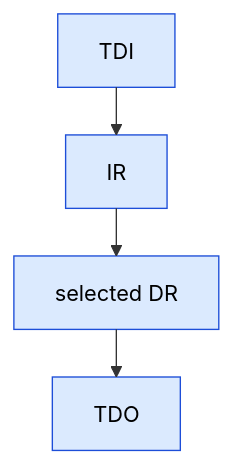
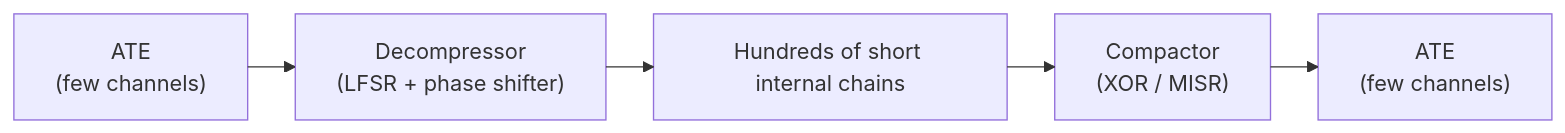
Before and after one commit to Wty2003328/silicon-design-notebook: the third of 3 diagrams in 06_Signoff/02_DFT_and_ATPG.md, drawn with Mermaid. The commit also changed other lines of this file and 22 other files, not shown here.

Commit message:
Concept-first hard rework complete: all 48 architecture/design pages (trimmed signal dumps; added trade-off analysis + theoretical depth)

````diff
--- a/06_Signoff/02_DFT_and_ATPG.md
+++ b/06_Signoff/02_DFT_and_ATPG.md
@@ -1703,7 +229,8 @@
 ```mermaid
 %%{init: {"flowchart": {"defaultRenderer": "elk", "nodeSpacing": 60, "rankSpacing": 60, "htmlLabels": false}}}%%
-flowchart TD
-    TDI --> IR["IR"] --> DR["selected DR"] --> TDO
-    classDef s fill:#dbeafe,stroke:#1d4ed8,color:#000
-    class TDI,IR,DR,TDO s
+flowchart LR
+    ATE1["ATE\n(few channels)"] --> DEC["Decompressor\n(LFSR + phase shifter)"]
+    DEC --> CH["Hundreds of short internal chains"]
+    CH --> CMP["Compactor\n(XOR / MISR)"]
+    CMP --> ATE2["ATE\n(few channels)"]
 ```
````
